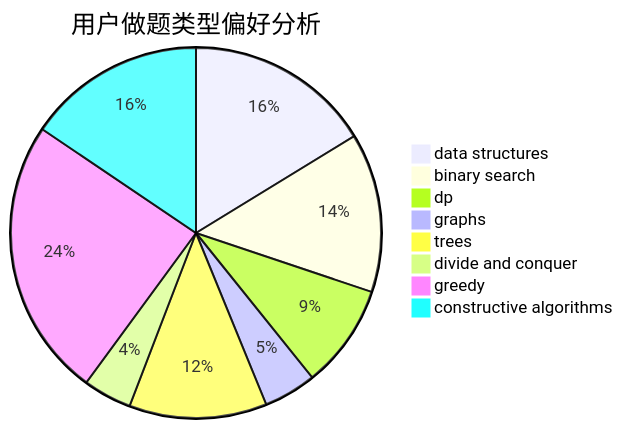
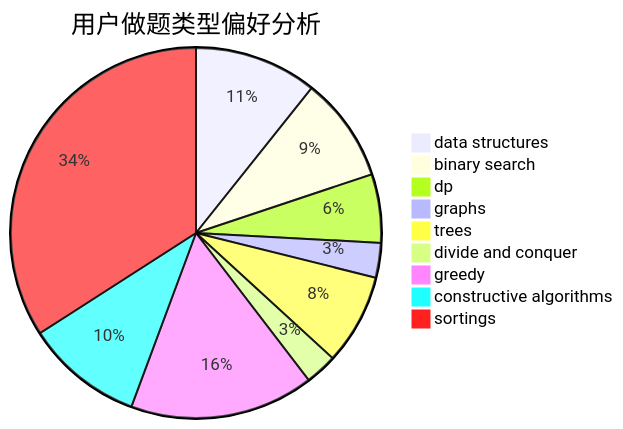
The second of 3 diagrams in docs/user/u207.md (sherpahu/cfrs.github.io), drawn with Mermaid before and after one commit. The commit also changed other lines of this file and 2769 other files, not shown here.

````diff
--- a/docs/user/u207.md
+++ b/docs/user/u207.md
@@ -23,11 +18,12 @@
 ```mermaid
 pie title 用户做题类型偏好分析
     "data structures" :  138
     "binary search" :  118
     "dp" :  77
     "graphs" :  39
     "trees" :  102
     "divide and conquer" :  36
     "greedy" :  207
     "constructive algorithms" :  132
+    "sortings" :  439
 ```
````
